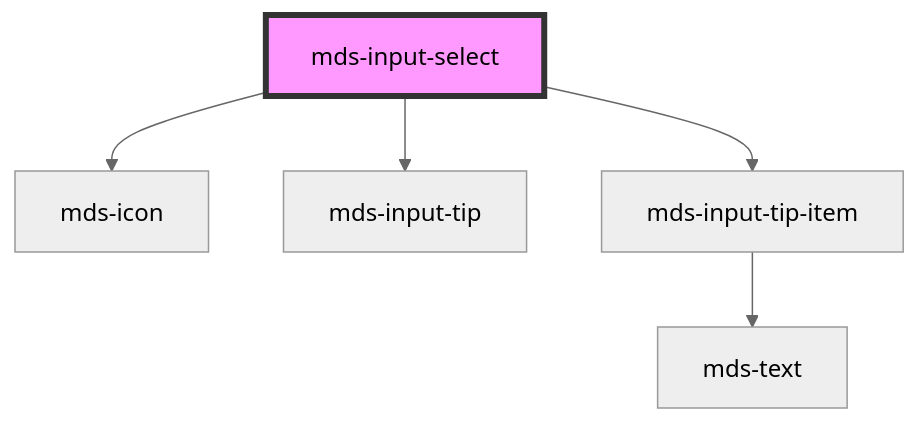
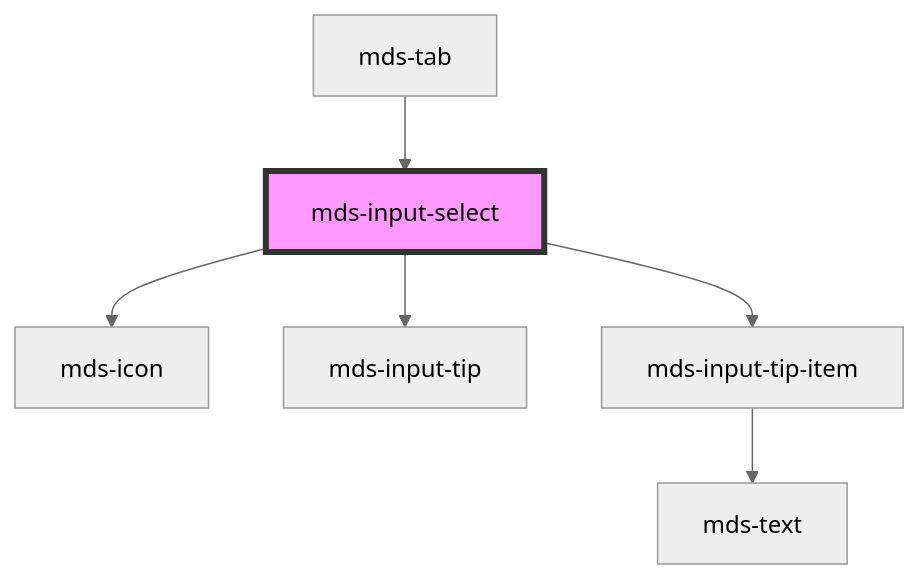
Before and after one commit to magma-design-system/magma: the diagram in projects/stencil/src/components/mds-input-select/readme.md, drawn with Mermaid (neutral theme). The commit also changed other lines of this file and 21 other files, not shown here.

First line of the commit message:
feat(mds-tab): show the tabs as a select on a narrow container with narrow="select"

````diff
--- a/projects/stencil/src/components/mds-input-select/readme.md
+++ b/projects/stencil/src/components/mds-input-select/readme.md
@@ -408,8 +412,9 @@
 ```mermaid
 graph TD;
   mds-input-select --> mds-icon
   mds-input-select --> mds-input-tip
   mds-input-select --> mds-input-tip-item
   mds-input-tip-item --> mds-text
+  mds-tab --> mds-input-select
   style mds-input-select fill:#f9f,stroke:#333,stroke-width:4px
 ```
````
